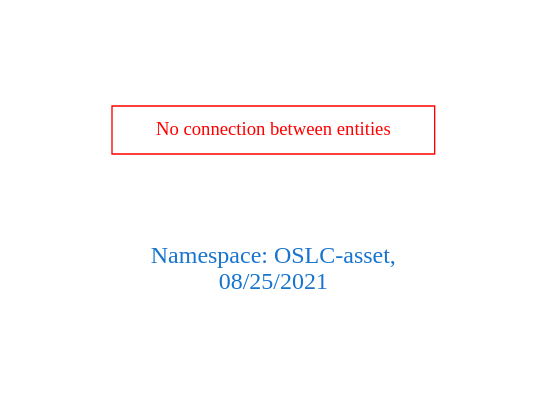
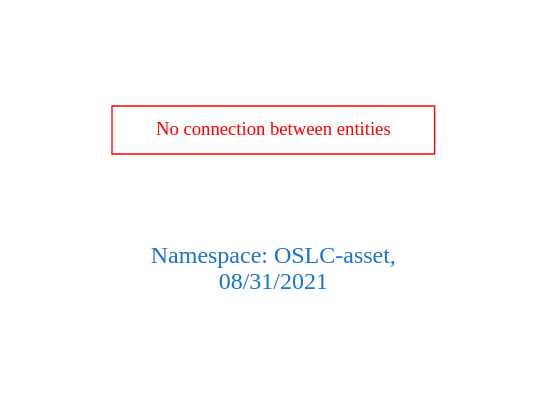
The diagram in downloads/OSLC-asset.dot (arago/OGIT), drawn with Graphviz before and after one commit. The commit also changed 1906 other files, not shown here.

```diff
--- a/downloads/OSLC-asset.dot
+++ b/downloads/OSLC-asset.dot
@@ -1,9 +1,9 @@
 digraph OGIT_ontology {
  graph [ rankdir= LR,pad=1 
 fontsize = 18,
-fontcolor= dodgerblue3,label = "\n\n\nNamespace: OSLC-asset, \n 08/25/2021"];
+fontcolor= dodgerblue3,label = "\n\n\nNamespace: OSLC-asset, \n 08/31/2021"];
 node[shape=polygon];
 edge [  color="gray81"];
 
 "No connection between entities" [fontcolor = "red",color="red", shape="polygon"]
 }
```
